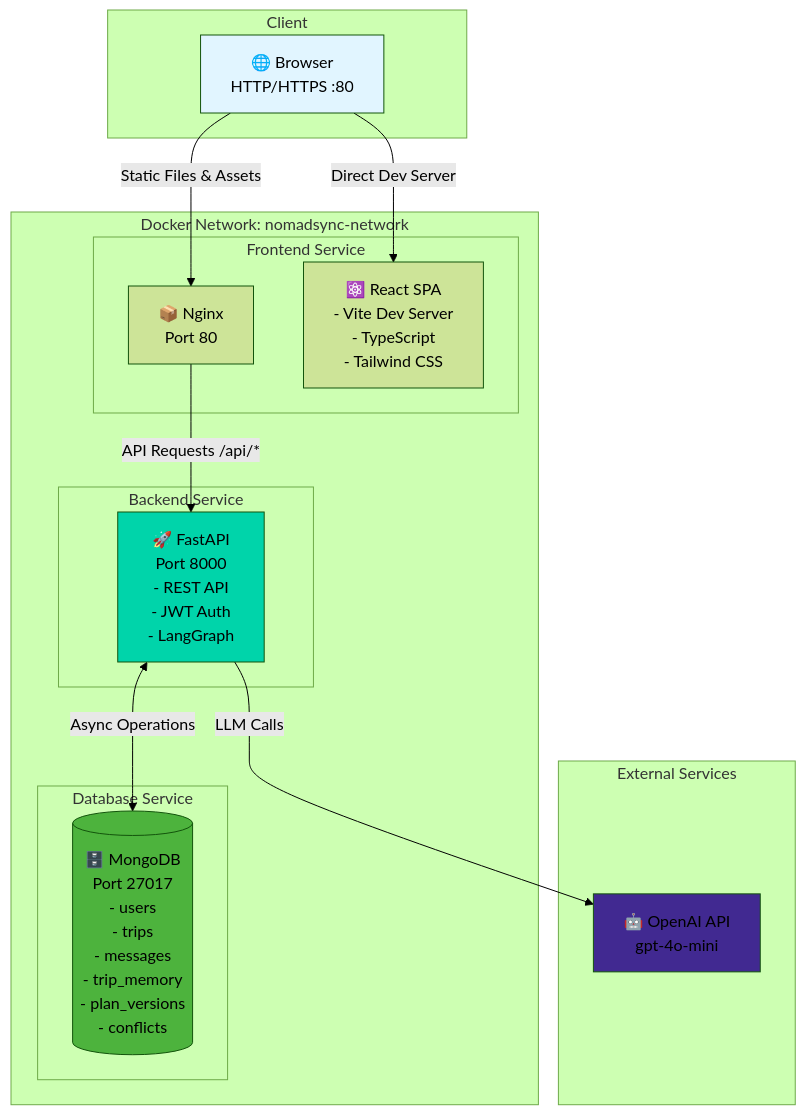
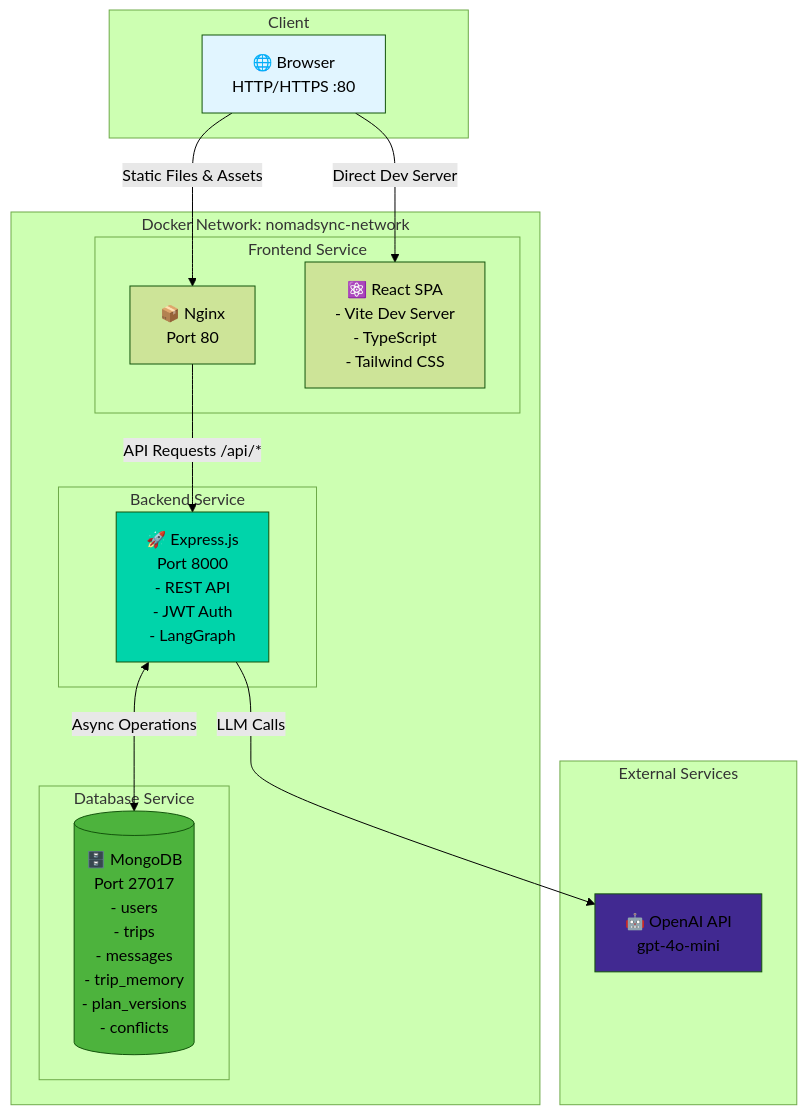
Before and after one commit to shankerram3/NomadSync: the first of 9 diagrams in README.md, drawn with Mermaid (forest theme). The commit also changed other lines of this file and 54 other files, not shown here.

First line of the commit message:
feat: convert backend from Python/FastAPI to Node.js/Express

````diff
--- a/README.md
+++ b/README.md
@@ -496,36 +492,36 @@
 ```mermaid
 graph TB
     subgraph "Client"
         Browser[🌐 Browser<br/>HTTP/HTTPS :80]
     end
     
     subgraph "Docker Network: nomadsync-network"
         subgraph "Frontend Service"
             Nginx[📦 Nginx<br/>Port 80]
             FrontendContainer[⚛️ React SPA<br/>- Vite Dev Server<br/>- TypeScript<br/>- Tailwind CSS]
         end
         
         subgraph "Backend Service"
-            Backend[🚀 FastAPI<br/>Port 8000<br/>- REST API<br/>- JWT Auth<br/>- LangGraph]
+            Backend[🚀 Express.js<br/>Port 8000<br/>- REST API<br/>- JWT Auth<br/>- LangGraph]
         end
         
         subgraph "Database Service"
             MongoDB[(🗄️ MongoDB<br/>Port 27017<br/>- users<br/>- trips<br/>- messages<br/>- trip_memory<br/>- plan_versions<br/>- conflicts)]
         end
     end
     
     subgraph "External Services"
         OpenAI[🤖 OpenAI API<br/>gpt-4o-mini]
     end
     
     Browser -->|"Static Files & Assets"| Nginx
     Nginx -->|"API Requests /api/*"| Backend
     Browser -->|"Direct Dev Server"| FrontendContainer
     Backend <-->|"Async Operations"| MongoDB
     Backend -->|"LLM Calls"| OpenAI
     
     style Browser fill:#e1f5ff
     style Backend fill:#00d4aa
     style MongoDB fill:#4db33d
     style OpenAI fill:#412991
 ```
````
